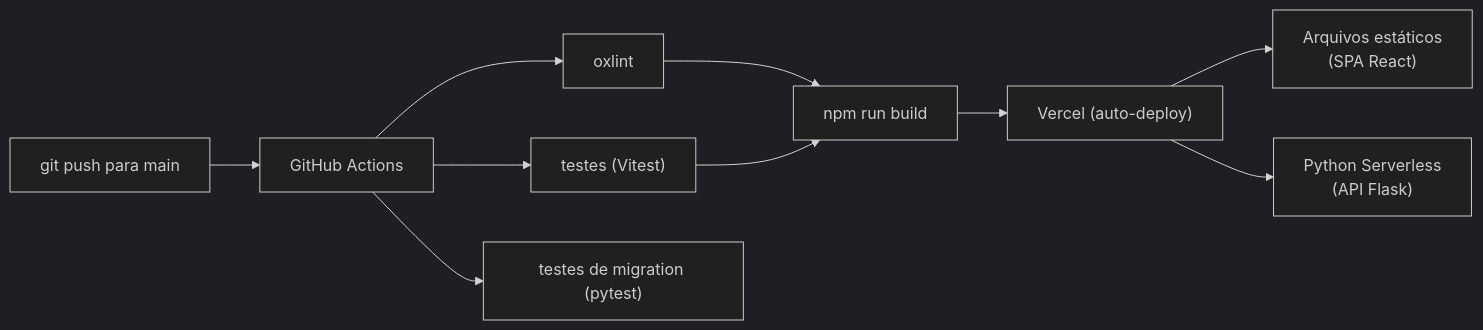
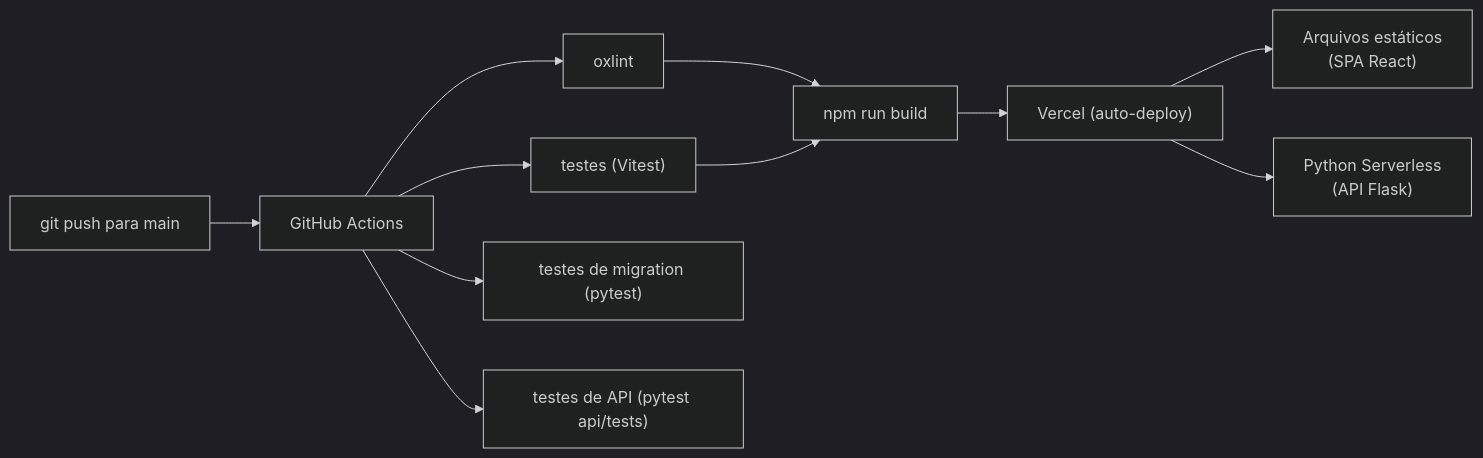
One commit to vihisantos/LabHub changed the diagram in docs/operations/deployment.md. Above: the diagram before and after it, drawn with Mermaid (dark theme). The commit also changed other lines of this file and 3 other files, not shown here.

````diff
--- a/docs/operations/deployment.md
+++ b/docs/operations/deployment.md
@@ -7,11 +7,12 @@
 ```mermaid
 flowchart LR
     GIT["git push para main"] --> CI["GitHub Actions"]
     CI --> LINT["oxlint"]
     CI --> TEST["testes (Vitest)"]
     CI --> MIG["testes de migration (pytest)"]
+    CI --> API["testes de API (pytest api/tests)"]
     LINT & TEST --> BUILD["npm run build"]
     BUILD --> VERCEL["Vercel (auto-deploy)"]
     VERCEL --> CDN["Arquivos estáticos\n(SPA React)"]
     VERCEL --> SERVERLESS["Python Serverless\n(API Flask)"]
 ```
````
